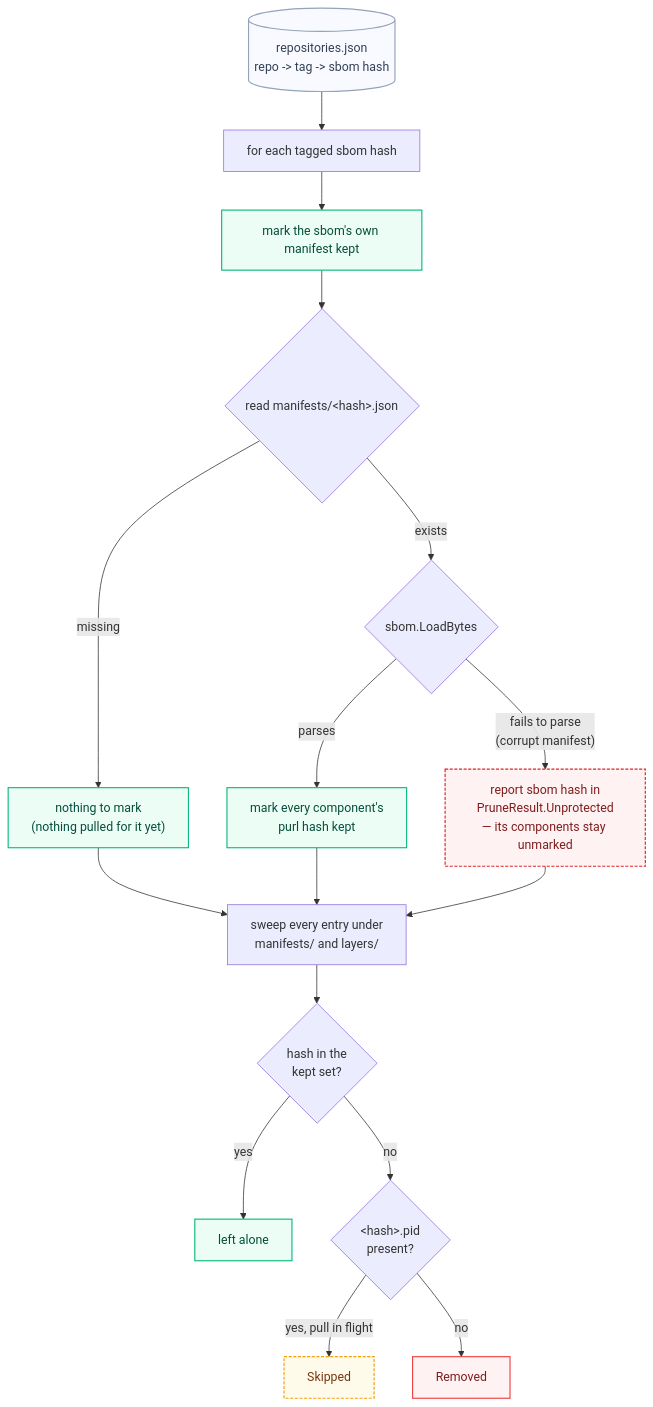
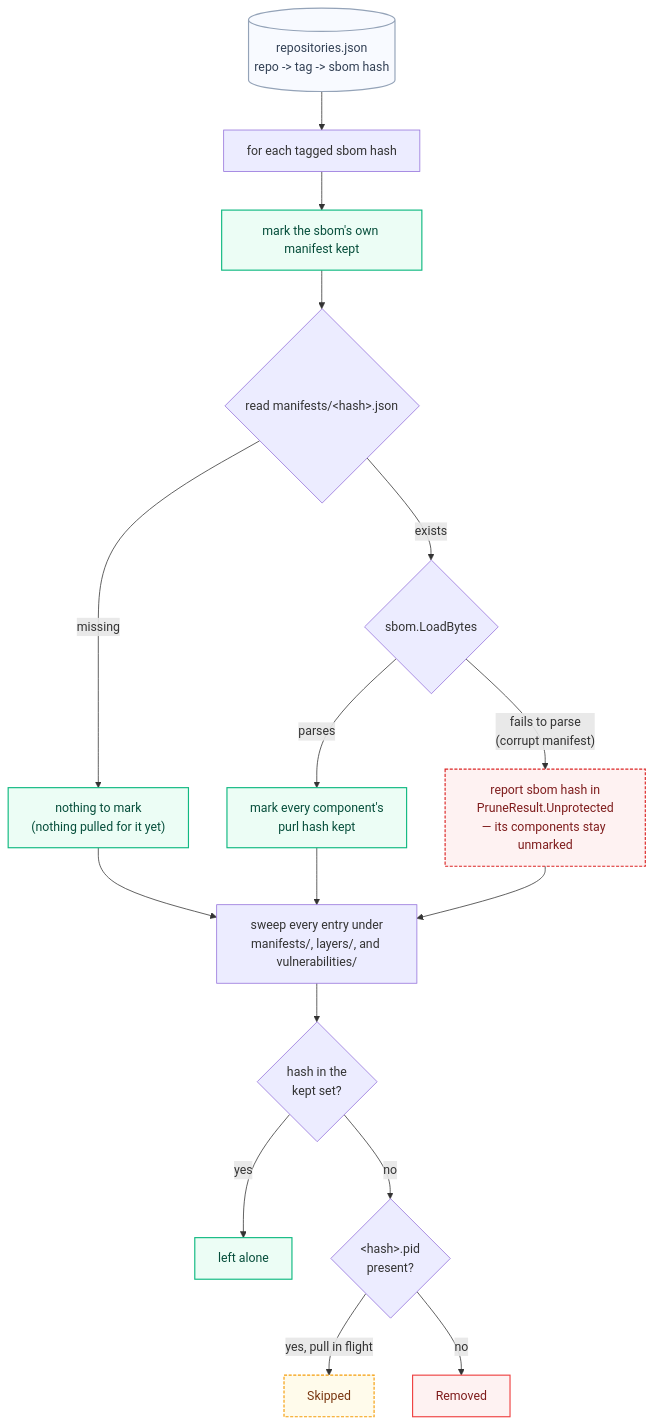
One commit to alejandro-velasco/bomify changed the diagram in docs/diagrams/prune.mmd. Above: the diagram before and after it, drawn with Mermaid. The commit also changed 28 other files, not shown here.

```diff
--- a/docs/diagrams/prune.mmd
+++ b/docs/diagrams/prune.mmd
@@ -1,32 +1,32 @@
 flowchart TD
     classDef source fill:#F8FAFF,stroke:#94A3B8,stroke-width:1.5px,color:#334155
     classDef kept fill:#ECFDF5,stroke:#10B981,stroke-width:1.5px,color:#064e3b
     classDef removed fill:#FEF2F2,stroke:#EF4444,stroke-width:1.5px,color:#7f1d1d
     classDef skipped fill:#FFFBEB,stroke:#F59E0B,stroke-width:1.5px,stroke-dasharray:4 2,color:#78350f
     classDef unprotected fill:#FEF2F2,stroke:#DC2626,stroke-width:1.5px,stroke-dasharray:4 2,color:#7f1d1d
 
     Repos[("repositories.json<br/>repo -&gt; tag -&gt; sbom hash")] --> Walk["for each tagged sbom hash"]
     Walk --> MarkSelf["mark the sbom's own manifest kept"]
     MarkSelf --> ReadManifest{"read manifests/&lt;hash&gt;.json"}
 
     ReadManifest -->|"missing"| NothingToMark["nothing to mark<br/>(nothing pulled for it yet)"]
     ReadManifest -->|"exists"| Parse{"sbom.LoadBytes"}
 
     Parse -->|"parses"| MarkComponents["mark every component's<br/>purl hash kept"]
     Parse -->|"fails to parse<br/>(corrupt manifest)"| Unprotected["report sbom hash in<br/>PruneResult.Unprotected<br/>— its components stay unmarked"]
 
     NothingToMark --> Sweep
     MarkComponents --> Sweep
-    Unprotected --> Sweep["sweep every entry under<br/>manifests/ and layers/"]
+    Unprotected --> Sweep["sweep every entry under<br/>manifests/, layers/, and vulnerabilities/"]
 
     Sweep --> Reachable{"hash in the<br/>kept set?"}
     Reachable -->|"yes"| Keep["left alone"]
     Reachable -->|"no"| PidCheck{"&lt;hash&gt;.pid<br/>present?"}
     PidCheck -->|"yes, pull in flight"| Skip["Skipped"]
     PidCheck -->|"no"| Remove["Removed"]
 
     class Repos source
     class MarkSelf,MarkComponents,NothingToMark,Keep kept
     class Remove removed
     class Skip skipped
     class Unprotected unprotected
```
